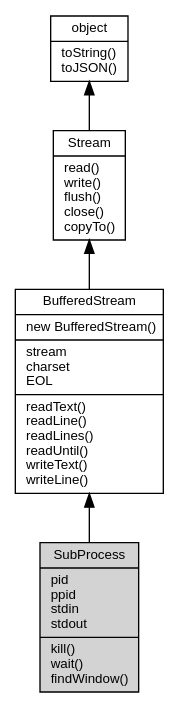
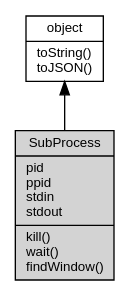
One commit to fibjs/fibjs.org changed the diagram in docs/manual/object/ifs/SubProcess.md. Above: the diagram before and after it, drawn with Graphviz. The commit also changed other lines of this file and 229 other files, not shown here.

````diff
--- a/docs/manual/object/ifs/SubProcess.md
+++ b/docs/manual/object/ifs/SubProcess.md
@@ -10,14 +10,10 @@
 ```dot
 digraph {
     node [fontname="Helvetica,sans-Serif", fontsize=10, shape="record", style="filled", fillcolor="white"];
 
     object [tooltip="object", URL="object.md", label="{object|toString()\ltoJSON()\l}"];
-    Stream [tooltip="Stream", URL="Stream.md", label="{Stream|read()\lwrite()\lflush()\lclose()\lcopyTo()\l}"];
-    BufferedStream [tooltip="BufferedStream", URL="BufferedStream.md", label="{BufferedStream|new BufferedStream()\l|stream\lcharset\lEOL\l|readText()\lreadLine()\lreadLines()\lreadUntil()\lwriteText()\lwriteLine()\l}"];
     SubProcess [tooltip="SubProcess", fillcolor="lightgray", id="me", label="{SubProcess|pid\lppid\lstdin\lstdout\l|kill()\lwait()\lfindWindow()\l}"];
 
-    object -> Stream [dir=back];
-    Stream -> BufferedStream [dir=back];
-    BufferedStream -> SubProcess [dir=back];
+    object -> SubProcess [dir=back];
 }
 ```
````
